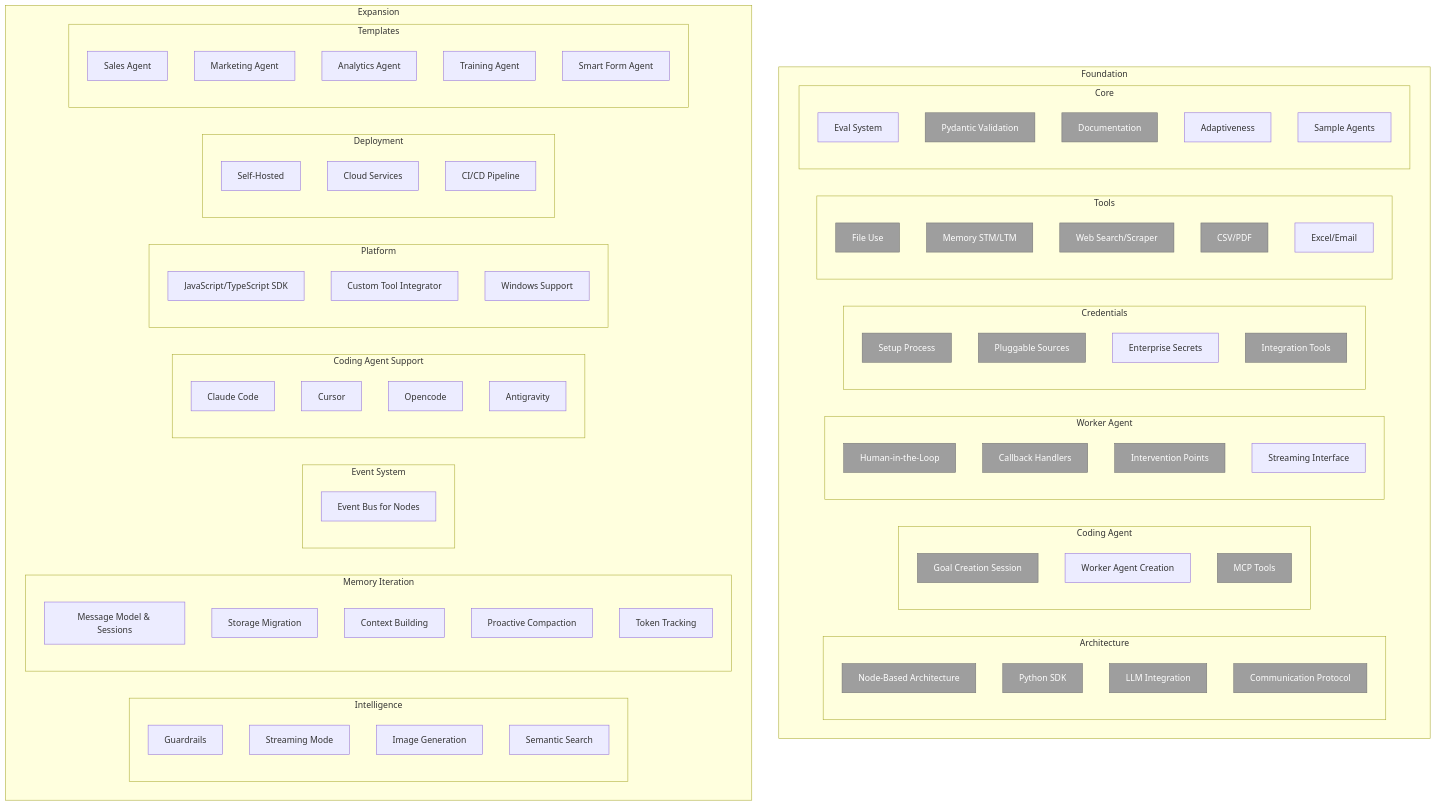
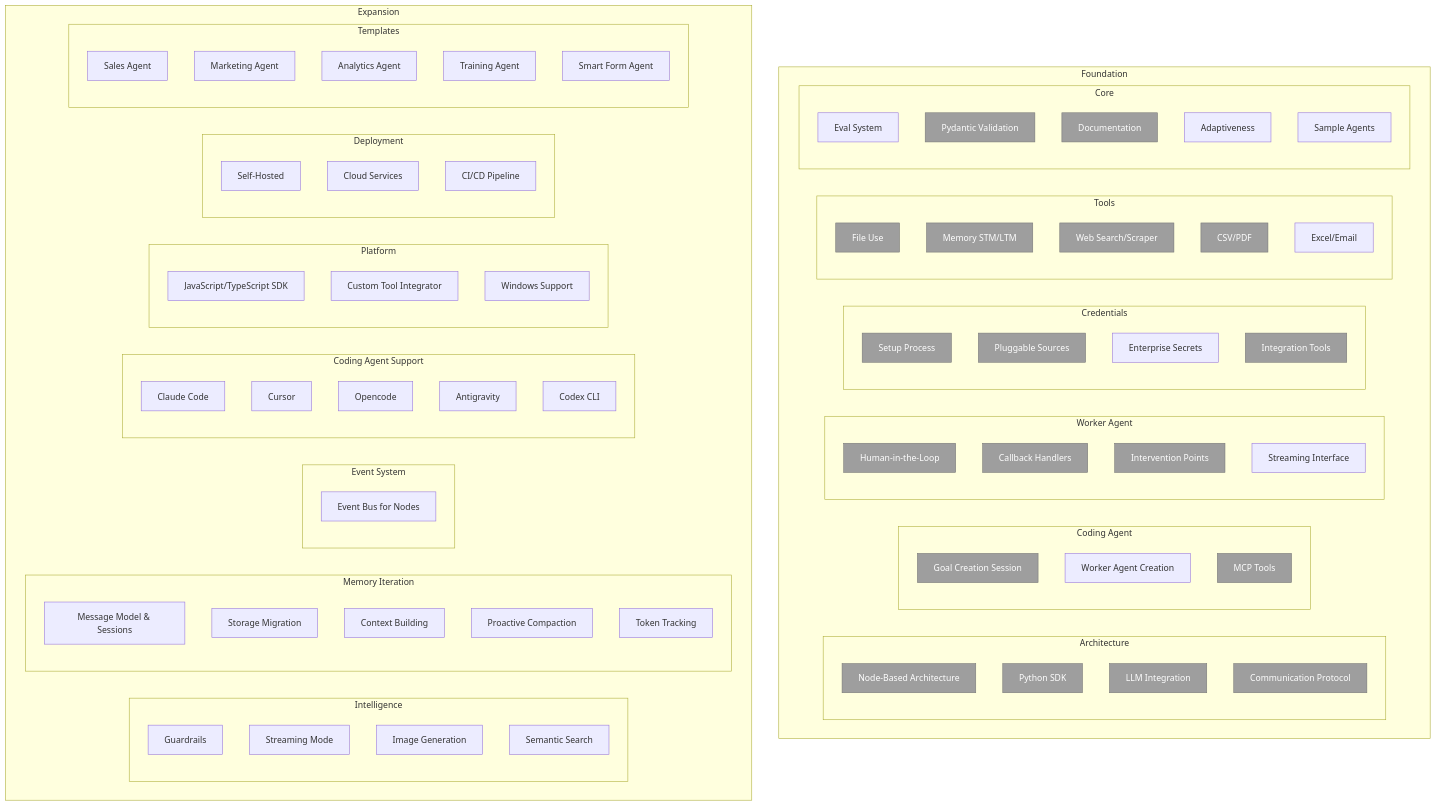
One commit to nk10nikhil/hive-spm-clone changed the diagram in docs/roadmap.md. Above: the diagram before and after it, drawn with Mermaid. The commit also changed other lines of this file and 14 other files, not shown here.

```diff
--- a/docs/roadmap.md
+++ b/docs/roadmap.md
@@ -68,6 +68,7 @@
         j2["Cursor"]
         j3["Opencode"]
         j4["Antigravity"]
+        j5["Codex CLI"]
     end
     subgraph plat["Platform"]
         k1["JavaScript/TypeScript SDK"]
```
